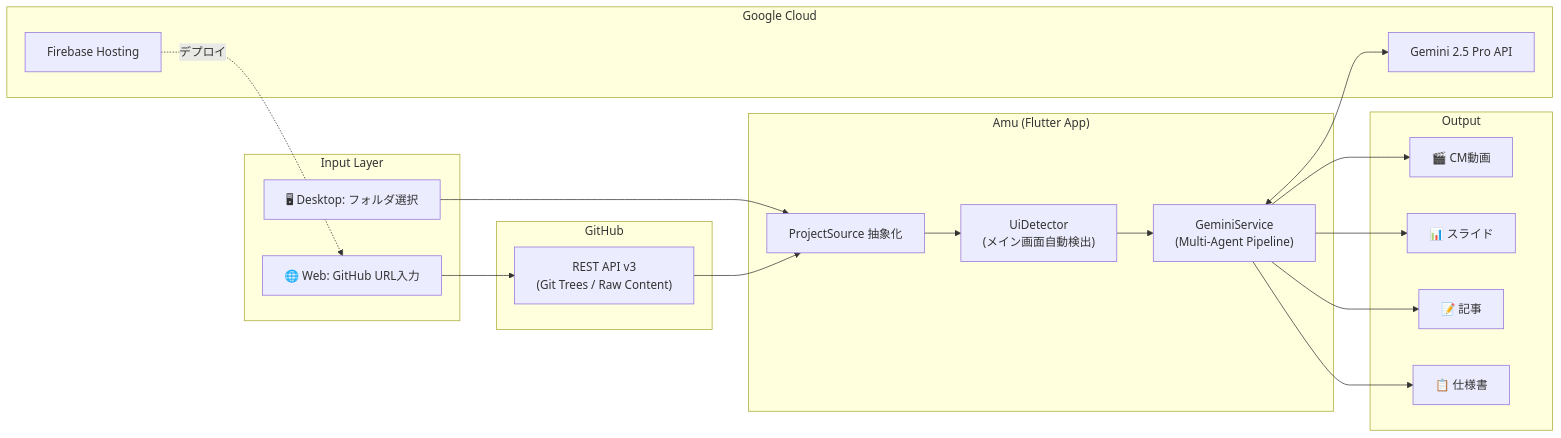
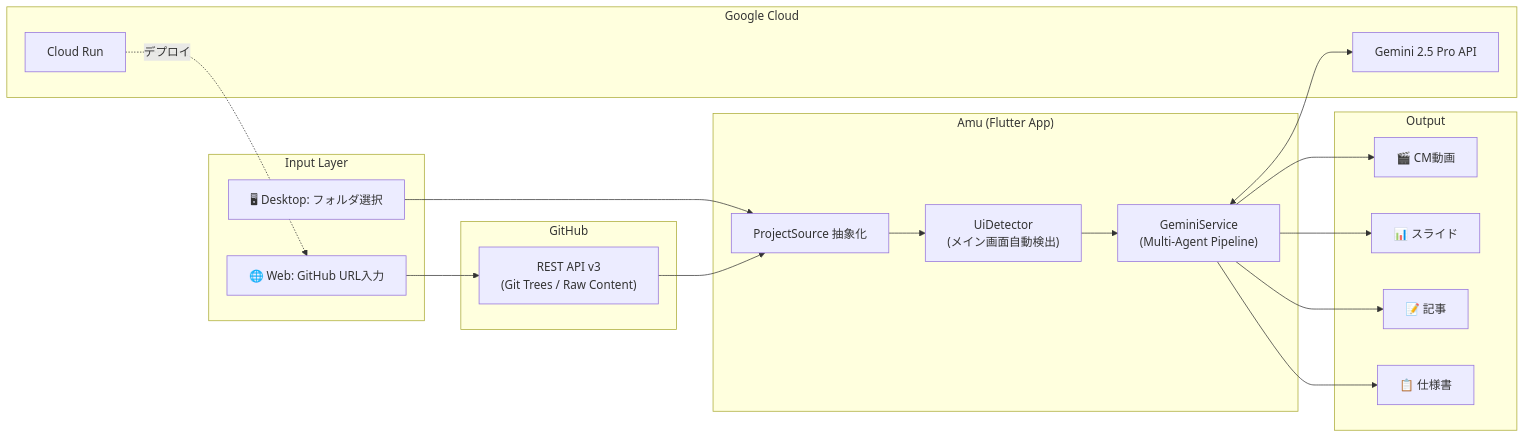
One commit to naki0227/amu changed the first of 2 diagrams in zenn_article.md. Above: the diagram before and after it, drawn with Mermaid. The commit also changed other lines of this file, not shown here.

Commit message:
fix: Zenn記事のFirebase HostingをCloud Runに修正

````diff
--- a/zenn_article.md
+++ b/zenn_article.md
@@ -57,36 +57,36 @@
 ```mermaid
 graph LR
     subgraph "Input Layer"
         A["🖥 Desktop: フォルダ選択"]
         B["🌐 Web: GitHub URL入力"]
     end
 
     subgraph "Amu (Flutter App)"
         C["ProjectSource 抽象化"]
         D["UiDetector<br/>(メイン画面自動検出)"]
         E["GeminiService<br/>(Multi-Agent Pipeline)"]
     end
 
     subgraph "Google Cloud"
         F["Gemini 2.5 Pro API"]
-        G["Firebase Hosting"]
+        G["Cloud Run"]
     end
 
     subgraph "GitHub"
         H["REST API v3<br/>(Git Trees / Raw Content)"]
     end
 
     subgraph "Output"
         I["🎬 CM動画"]
         J["📊 スライド"]
         K["📝 記事"]
         L["📋 仕様書"]
     end
 
     A --> C
     B --> H --> C
     C --> D --> E
     E <--> F
     E --> I & J & K & L
     G -.->|"デプロイ"| B
 ```
````
